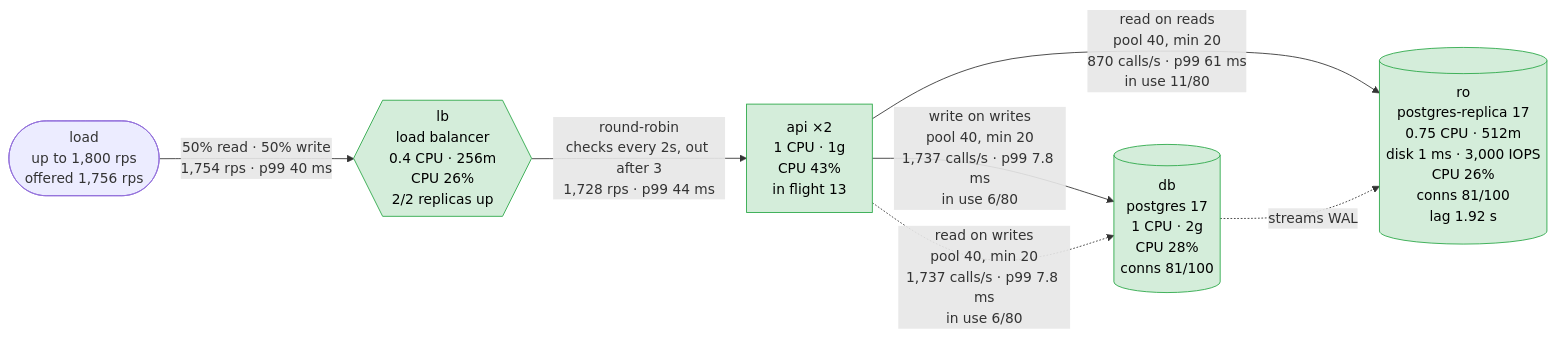
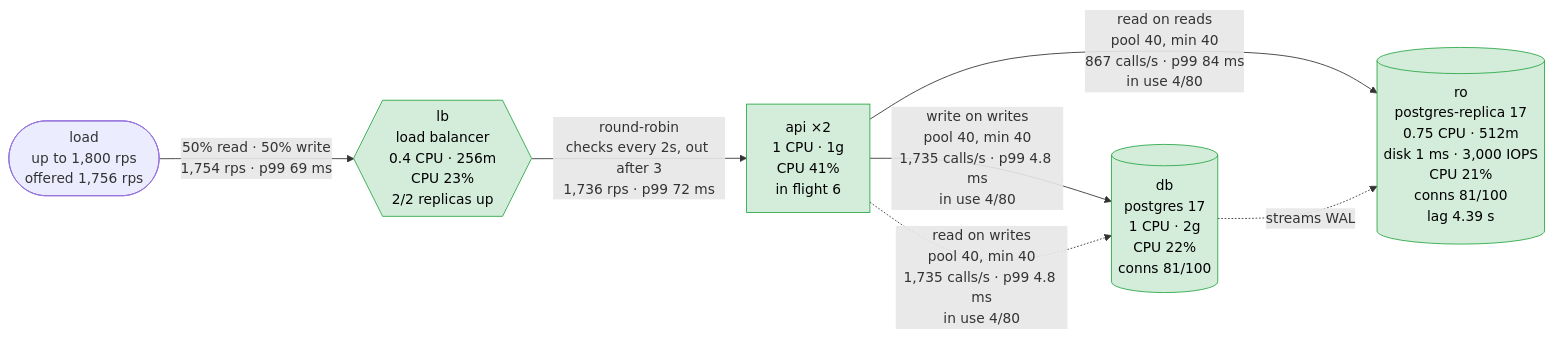
Before and after one commit to akinfemi/load-lore: the first of 5 diagrams in scenarios/stale-orders/solutions/read-your-writes/report.md, drawn with Mermaid. The commit also changed other lines of this file and 71 other files, not shown here.

````diff
--- a/scenarios/stale-orders/solutions/read-your-writes/report.md
+++ b/scenarios/stale-orders/solutions/read-your-writes/report.md
@@ -15,18 +15,18 @@
 ```mermaid
 flowchart LR
     load(["load<br/>up to 1,800 rps<br/>offered 1,756 rps"])
-    lb{{"lb<br/>load balancer<br/>0.4 CPU · 256m<br/>CPU 26%<br/>2/2 replicas up"}}
-    api["api ×2<br/>1 CPU · 1g<br/>CPU 43%<br/>in flight 13"]
-    ro[("ro<br/>postgres-replica 17<br/>0.75 CPU · 512m<br/>disk 1 ms · 3,000 IOPS<br/>CPU 26%<br/>conns 81/100<br/>lag 1.92 s")]
-    db[("db<br/>postgres 17<br/>1 CPU · 2g<br/>CPU 28%<br/>conns 81/100")]
-    load -->|"50% read · 50% write<br/>1,754 rps · p99 40 ms"| lb
-    lb -->|"round-robin<br/>checks every 2s, out after 3<br/>1,728 rps · p99 44 ms"| api
-    api -->|"read on reads<br/>pool 40, min 20<br/>870 calls/s · p99 61 ms<br/>in use 11/80"| ro
-    api -->|"write on writes<br/>pool 40, min 20<br/>1,737 calls/s · p99 7.8 ms<br/>in use 6/80"| db
-    api -.->|"read on writes<br/>pool 40, min 20<br/>1,737 calls/s · p99 7.8 ms<br/>in use 6/80"| db
+    lb{{"lb<br/>load balancer<br/>0.4 CPU · 256m<br/>CPU 23%<br/>2/2 replicas up"}}
+    api["api ×2<br/>1 CPU · 1g<br/>CPU 41%<br/>in flight 6"]
+    ro[("ro<br/>postgres-replica 17<br/>0.75 CPU · 512m<br/>disk 1 ms · 3,000 IOPS<br/>CPU 21%<br/>conns 81/100<br/>lag 4.39 s")]
+    db[("db<br/>postgres 17<br/>1 CPU · 2g<br/>CPU 22%<br/>conns 81/100")]
+    load -->|"50% read · 50% write<br/>1,754 rps · p99 69 ms"| lb
+    lb -->|"round-robin<br/>checks every 2s, out after 3<br/>1,736 rps · p99 72 ms"| api
+    api -->|"read on reads<br/>pool 40, min 40<br/>867 calls/s · p99 84 ms<br/>in use 4/80"| ro
+    api -->|"write on writes<br/>pool 40, min 40<br/>1,735 calls/s · p99 4.8 ms<br/>in use 4/80"| db
+    api -.->|"read on writes<br/>pool 40, min 40<br/>1,735 calls/s · p99 4.8 ms<br/>in use 4/80"| db
     db -.->|"streams WAL"| ro
     classDef ok fill:#d4edda,stroke:#28a745,color:#000
     classDef warm fill:#fff3cd,stroke:#d39e00,color:#000
     classDef hot fill:#f8d7da,stroke:#dc3545,color:#000
     class lb,api,ro,db ok
 ```
````
